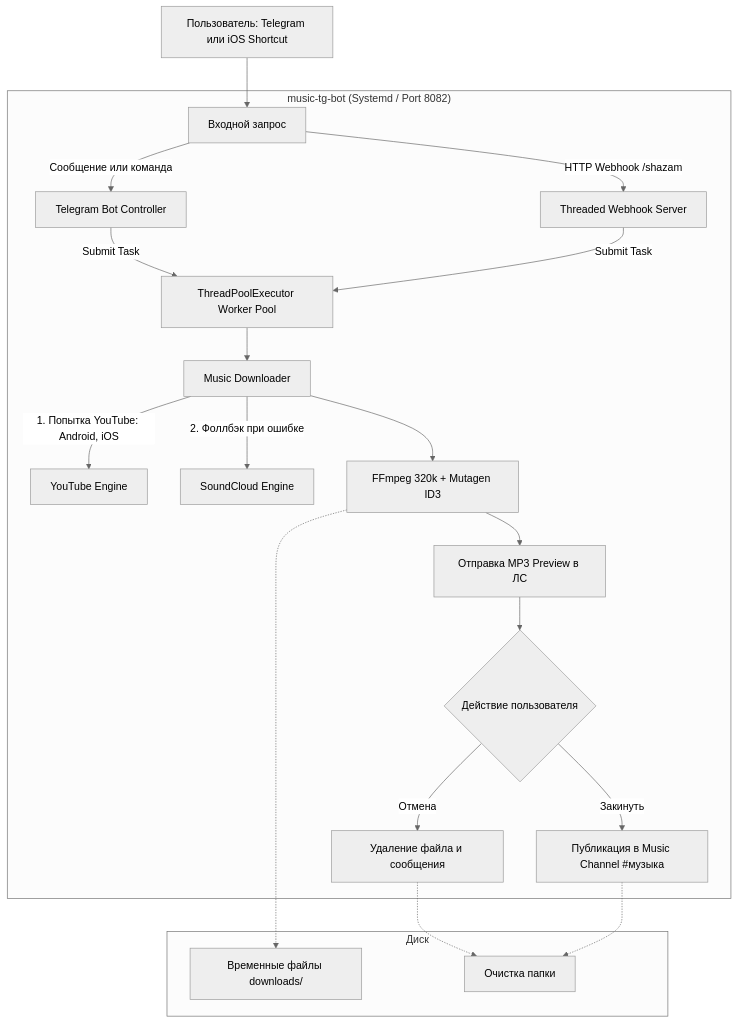
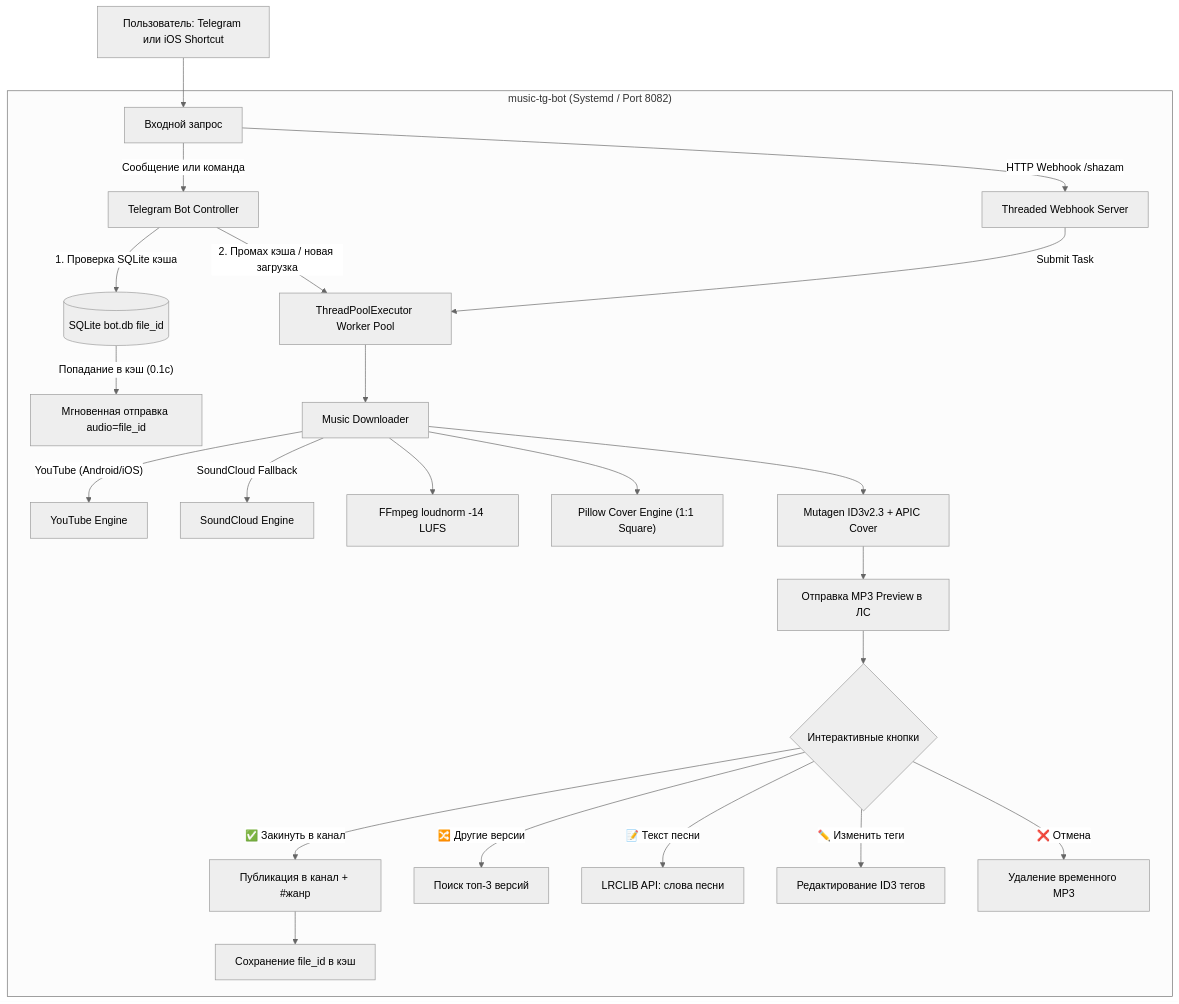
The diagram in README.md (teddyxanya/music-tg-bot), drawn with Mermaid (neutral theme) before and after one commit. The commit also changed other lines of this file and 6 other files, not shown here.

Commit message:
feat(v2.0): cover art engine, instant SQLite file_id cache, loudness normalization, genres, lyrics, versions and direct links

````diff
--- a/README.md
+++ b/README.md
@@ -40,29 +48,34 @@
 ```mermaid
 flowchart TD
     User["Пользователь: Telegram или iOS Shortcut"] --> Ingress["Входной запрос"]
     
     subgraph Service["music-tg-bot (Systemd / Port 8082)"]
         Ingress -->|"Сообщение или команда"| TG["Telegram Bot Controller"]
         Ingress -->|"HTTP Webhook /shazam"| WH["Threaded Webhook Server"]
         
-        TG -->|"Submit Task"| Pool["ThreadPoolExecutor Worker Pool"]
+        TG -->|"1. Проверка SQLite кэша"| Cache[("SQLite bot.db file_id")]
+        Cache -->|"Попадание в кэш (0.1с)"| InstantSend["Мгновенная отправка audio=file_id"]
+        
+        TG -->|"2. Промах кэша / новая загрузка"| Pool["ThreadPoolExecutor Worker Pool"]
         WH -->|"Submit Task"| Pool
         
         Pool --> DL["Music Downloader"]
-        DL -->|"1. Попытка YouTube: Android, iOS"| YT["YouTube Engine"]
-        DL -->|"2. Фоллбэк при ошибке"| SC["SoundCloud Engine"]
+        DL -->|"YouTube (Android/iOS)"| YT["YouTube Engine"]
+        DL -->|"SoundCloud Fallback"| SC["SoundCloud Engine"]
         
-        DL --> FF["FFmpeg 320k + Mutagen ID3"]
-        FF --> Preview["Отправка MP3 Preview в ЛС"]
+        DL --> Loud["FFmpeg loudnorm -14 LUFS"]
+        DL --> Pillow["Pillow Cover Engine (1:1 Square)"]
+        DL --> Mutagen["Mutagen ID3v2.3 + APIC Cover"]
         
-        Preview --> Action{"Действие пользователя"}
-        Action -->|"Закинуть"| Pub["Публикация в Music Channel #музыка"]
-        Action -->|"Отмена"| Del["Удаление файла и сообщения"]
-    end
-    
-    subgraph Storage["Диск"]
-        FF -.-> Temp["Временные файлы downloads/"]
-        Del -.-> Clean["Очистка папки"]
-        Pub -.-> Clean
+        Mutagen --> Preview["Отправка MP3 Preview в ЛС"]
+        
+        Preview --> Actions{"Интерактивные кнопки"}
+        Actions -->|"✅ Закинуть в канал"| Pub["Публикация в канал + #жанр"]
+        Actions -->|"🔀 Другие версии"| Alts["Поиск топ-3 версий"]
+        Actions -->|"📝 Текст песни"| Lyrics["LRCLIB API: слова песни"]
+        Actions -->|"✏️ Изменить теги"| Edit["Редактирование ID3 тегов"]
+        Actions -->|"❌ Отмена"| Del["Удаление временного MP3"]
+        
+        Pub --> CacheSave["Сохранение file_id в кэш"]
     end
 ```
````
